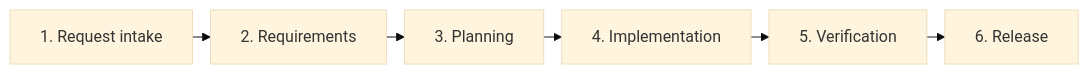
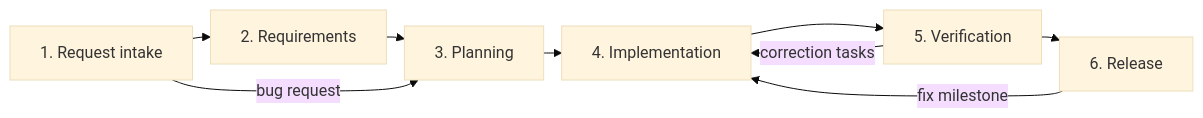
Before and after one commit to lyndametref/opencode-dev-workflow: the diagram in workflows/orchestrator/0-End-to-End.md, drawn with Mermaid (base theme). The commit also changed other lines of this file and 7 other files, not shown here.

````diff
--- a/workflows/orchestrator/0-End-to-End.md
+++ b/workflows/orchestrator/0-End-to-End.md
@@ -5,9 +5,12 @@
 ```mermaid
 %%{init: {"flowchart": {"nodeSpacing": 10, "rankSpacing": 18}}}%%
 flowchart LR
     INTAKE["1. Request intake"] --> REQS["2. Requirements"]
     REQS --> PLAN["3. Planning"]
+    INTAKE -->|"bug request"| PLAN
     PLAN --> IMPL["4. Implementation"]
     IMPL --> VER["5. Verification"]
+    VER -->|"correction tasks"| IMPL
     VER --> REL["6. Release"]
+    REL -->|"fix milestone"| IMPL
 ```
````
